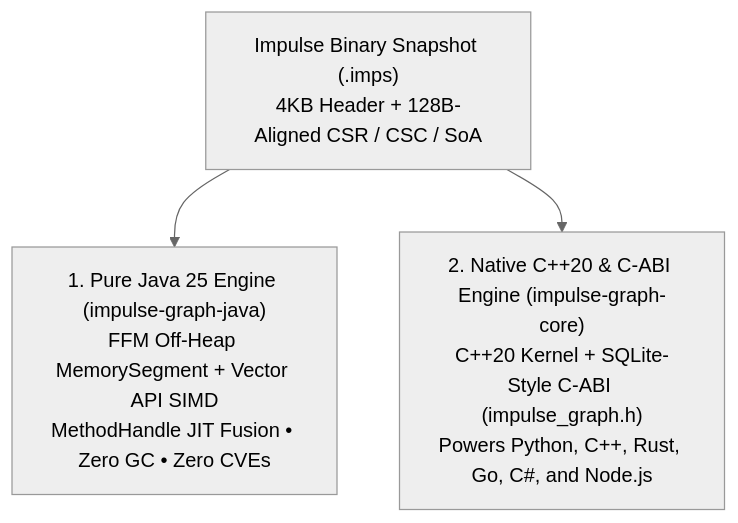
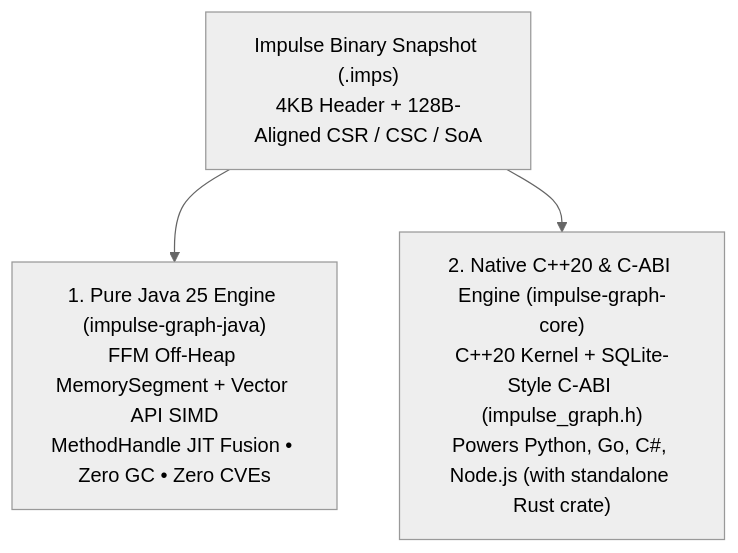
Before and after one commit to impulse-graph/impulse-website: the diagram in docs/index.md, drawn with Mermaid (neutral theme). The commit also changed other lines of this file and 47 other files, not shown here.

````diff
--- a/docs/index.md
+++ b/docs/index.md
@@ -40,7 +40,7 @@
 ```mermaid
 flowchart TD
     IMPS["Impulse Binary Snapshot (.imps)\n4KB Header + 128B-Aligned CSR / CSC / SoA"]
 
     IMPS --> JAVA["1. Pure Java 25 Engine (impulse-graph-java)\nFFM Off-Heap MemorySegment + Vector API SIMD\nMethodHandle JIT Fusion • Zero GC • Zero CVEs"]
-    IMPS --> CABI["2. Native C++20 & C-ABI Engine (impulse-graph-core)\nC++20 Kernel + SQLite-Style C-ABI (impulse_graph.h)\nPowers Python, C++, Rust, Go, C#, and Node.js"]
+    IMPS --> CABI["2. Native C++20 & C-ABI Engine (impulse-graph-core)\nC++20 Kernel + SQLite-Style C-ABI (impulse_graph.h)\nPowers Python, Go, C#, Node.js (with standalone Rust crate)"]
 ```
````
